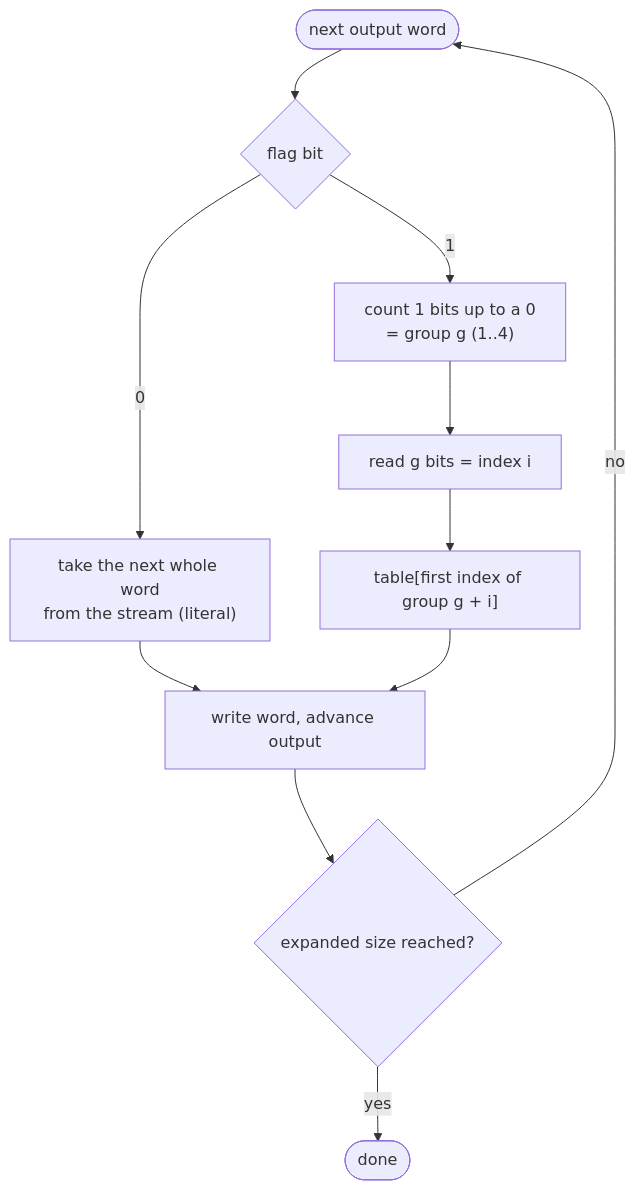
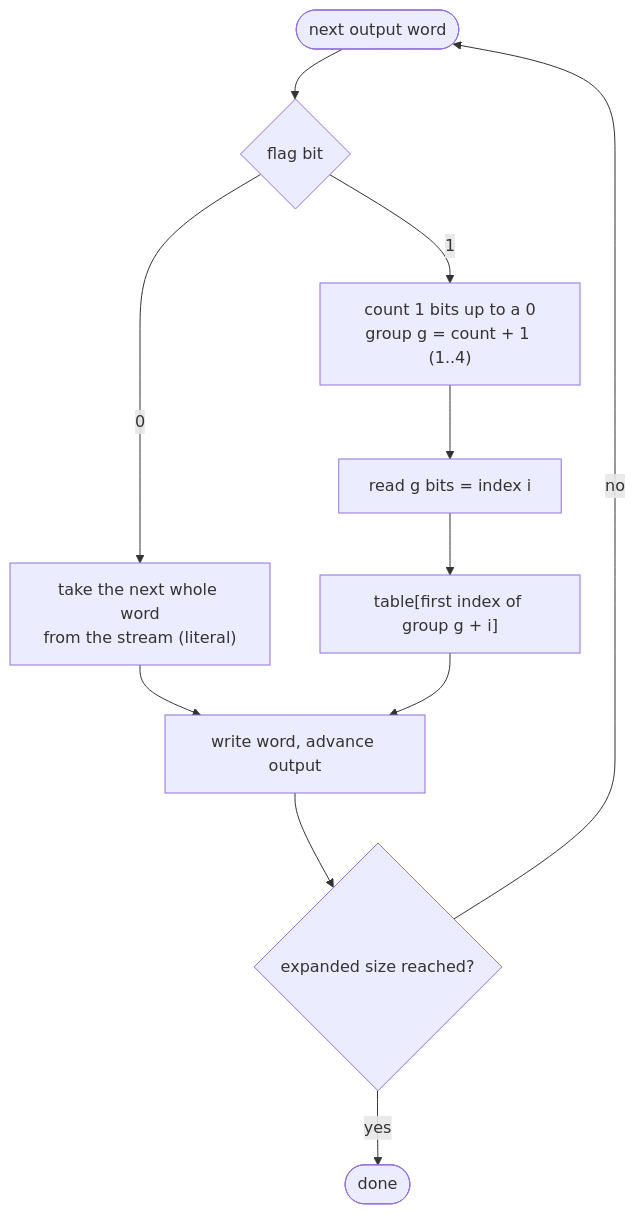
Before and after one commit to OpokXeno/xsg-i-decomp: the sixth of 21 diagrams in documentation/libraries/xgl.md, drawn with Mermaid. The commit also changed other lines of this file and 41 other files, not shown here.

````diff
--- a/documentation/libraries/xgl.md
+++ b/documentation/libraries/xgl.md
@@ -579,13 +585,13 @@
 ```mermaid
 flowchart TD
     S([next output word]) --> F{flag bit}
     F -->|0| L["take the next whole word<br/>from the stream (literal)"]
-    F -->|1| U["count 1 bits up to a 0<br/>= group g (1..4)"]
+    F -->|1| U["count 1 bits up to a 0<br/>group g = count + 1 (1..4)"]
     U --> I["read g bits = index i"]
     I --> T["table[first index of group g + i]"]
     L --> W[write word, advance output]
     T --> W
     W --> C{expanded size reached?}
     C -->|no| S
     C -->|yes| E([done])
 ```
````
